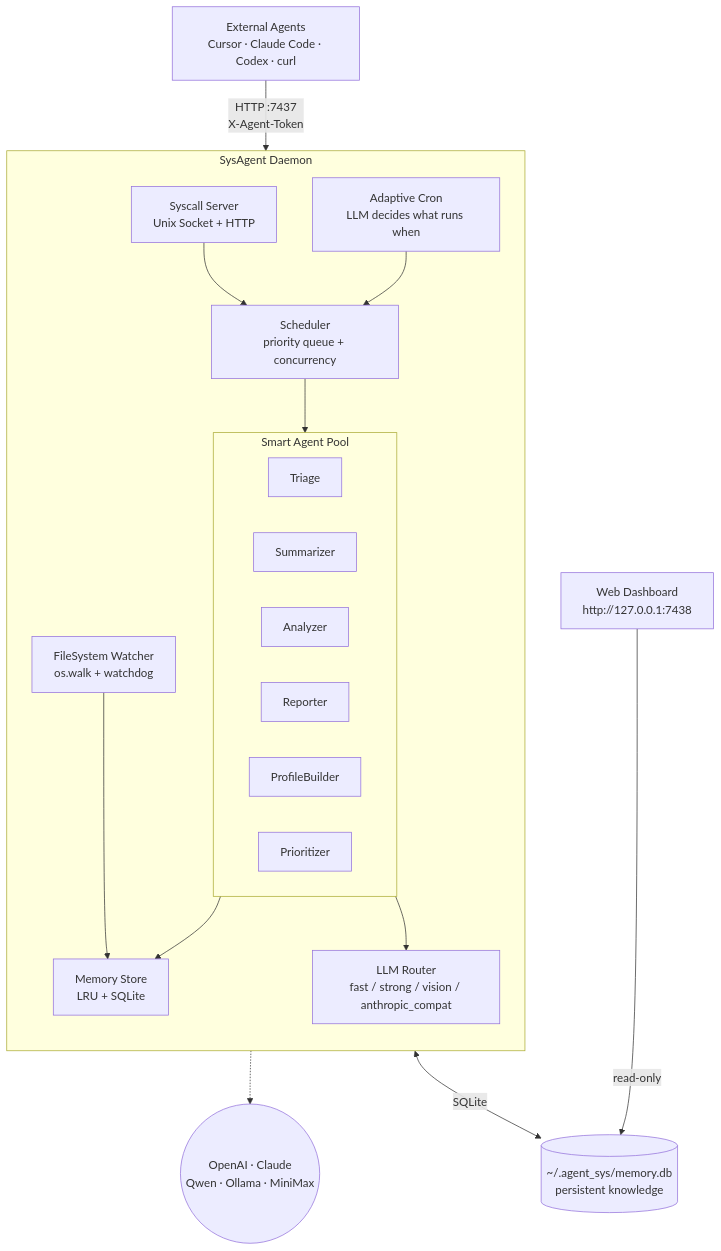
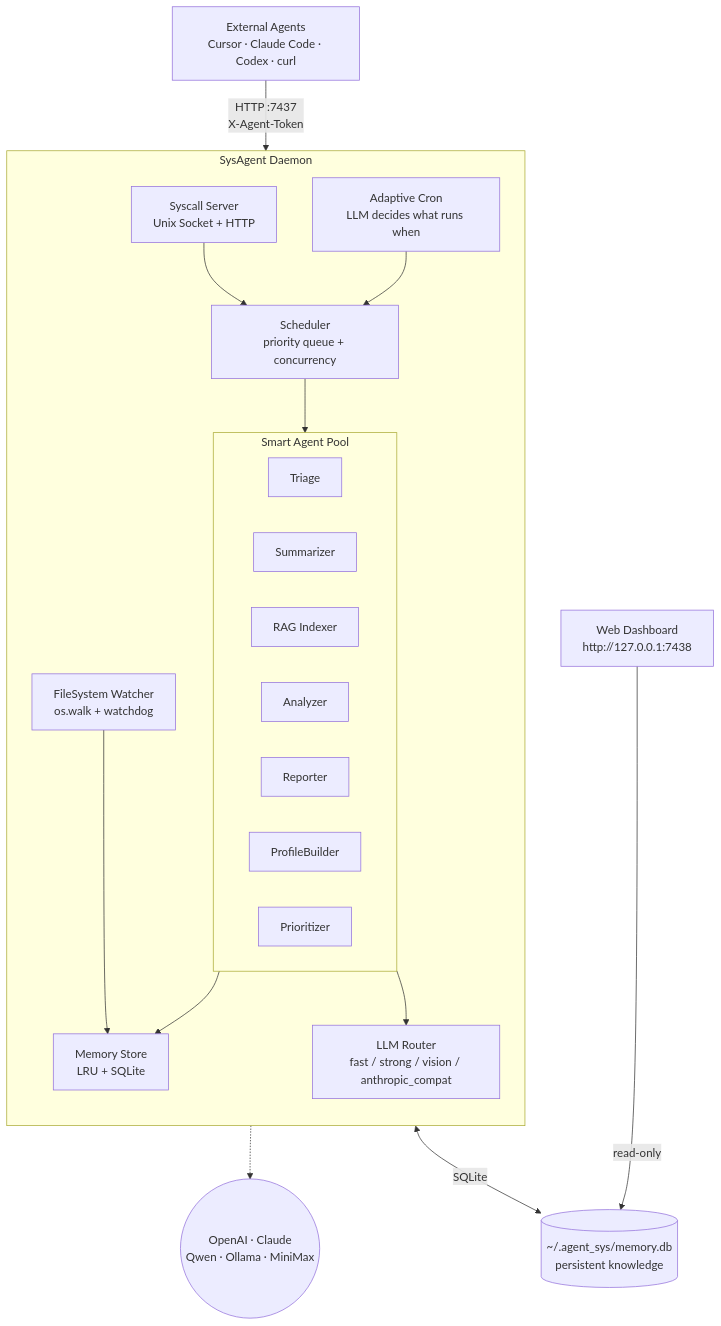
Before and after one commit to MarkfuGod/KithAgent: the first of 2 diagrams in README.md, drawn with Mermaid. The commit also changed other lines of this file and 12 other files, not shown here.

````diff
--- a/README.md
+++ b/README.md
@@ -31,36 +31,37 @@
 ```mermaid
 flowchart TB
     ext["External Agents<br/>Cursor · Claude Code · Codex · curl"]
 
     ext -->|"HTTP :7437<br/>X-Agent-Token"| syscall
 
     subgraph kernel["SysAgent Daemon"]
         direction TB
         syscall["Syscall Server<br/>Unix Socket + HTTP"]
         cron["Adaptive Cron<br/>LLM decides what runs when"]
         sched["Scheduler<br/>priority queue + concurrency"]
         fs["FileSystem Watcher<br/>os.walk + watchdog"]
 
         syscall --> sched
         cron --> sched
         fs --> mem
 
         subgraph pool["Smart Agent Pool"]
             direction LR
             triage[Triage]
             sum[Summarizer]
+            rag[RAG Indexer]
             ana[Analyzer]
             rep[Reporter]
             prof[ProfileBuilder]
             prio[Prioritizer]
         end
 
         sched --> pool
         pool --> mem["Memory Store<br/>LRU + SQLite"]
         pool --> router["LLM Router<br/>fast / strong / vision / anthropic_compat"]
     end
 
     router -.-> providers(("OpenAI · Claude<br/>Qwen · Ollama · MiniMax"))
     mem <-->|SQLite| db[("~/.agent_sys/memory.db<br/>persistent knowledge")]
     web["Web Dashboard<br/>http://127.0.0.1:7438"] -->|read-only| db
 ```
````
